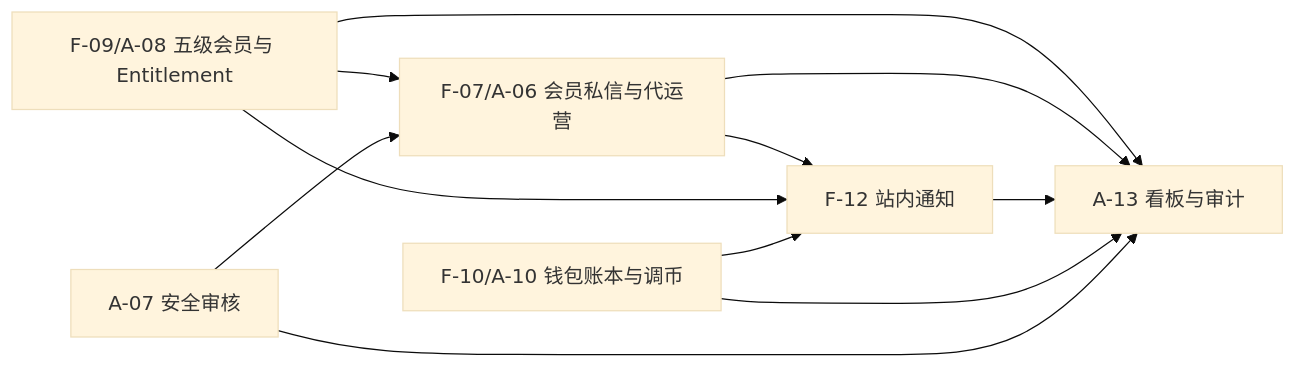
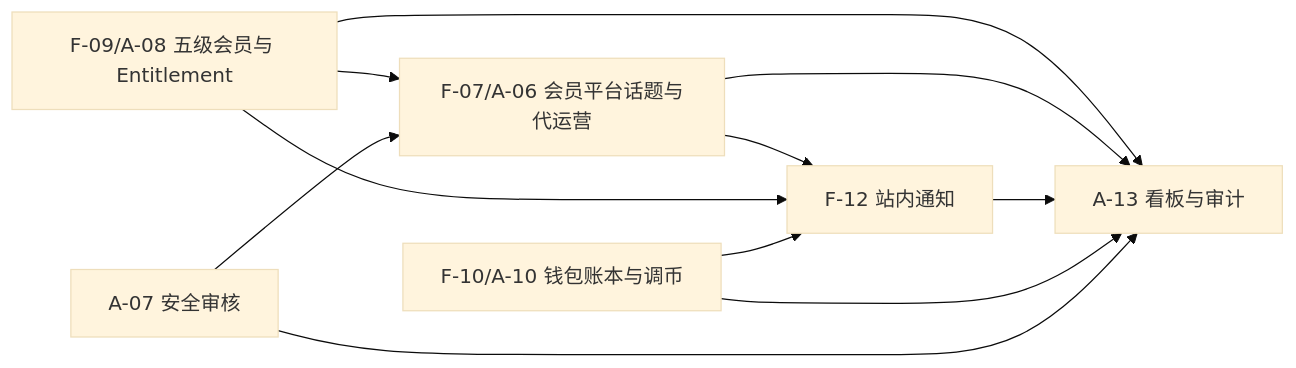
The third of 3 diagrams in docs/ways-of-work/plan/real-person-discovery-platform/README.md (yyg20101/meigallery-cloudflare), drawn with Mermaid (base theme) before and after one commit. The commit also changed other lines of this file and 35 other files, not shown here.

````diff
--- a/docs/ways-of-work/plan/real-person-discovery-platform/README.md
+++ b/docs/ways-of-work/plan/real-person-discovery-platform/README.md
@@ -132,13 +132,13 @@
 ```mermaid
 flowchart LR
-    MBR["F-09/A-08 五级会员与 Entitlement"] --> MSG["F-07/A-06 会员私信与代运营"]
+    MBR["F-09/A-08 五级会员与 Entitlement"] --> MSG["F-07/A-06 会员平台话题与代运营"]
     MSG --> NTF["F-12 站内通知"]
     MBR --> NTF
     WAL["F-10/A-10 钱包账本与调币"] --> NTF
     MBR --> OAU["A-13 看板与审计"]
     MSG --> OAU
     NTF --> OAU
     WAL --> OAU
     MOD["A-07 安全审核"] --> MSG
     MOD --> OAU
 ```
````
